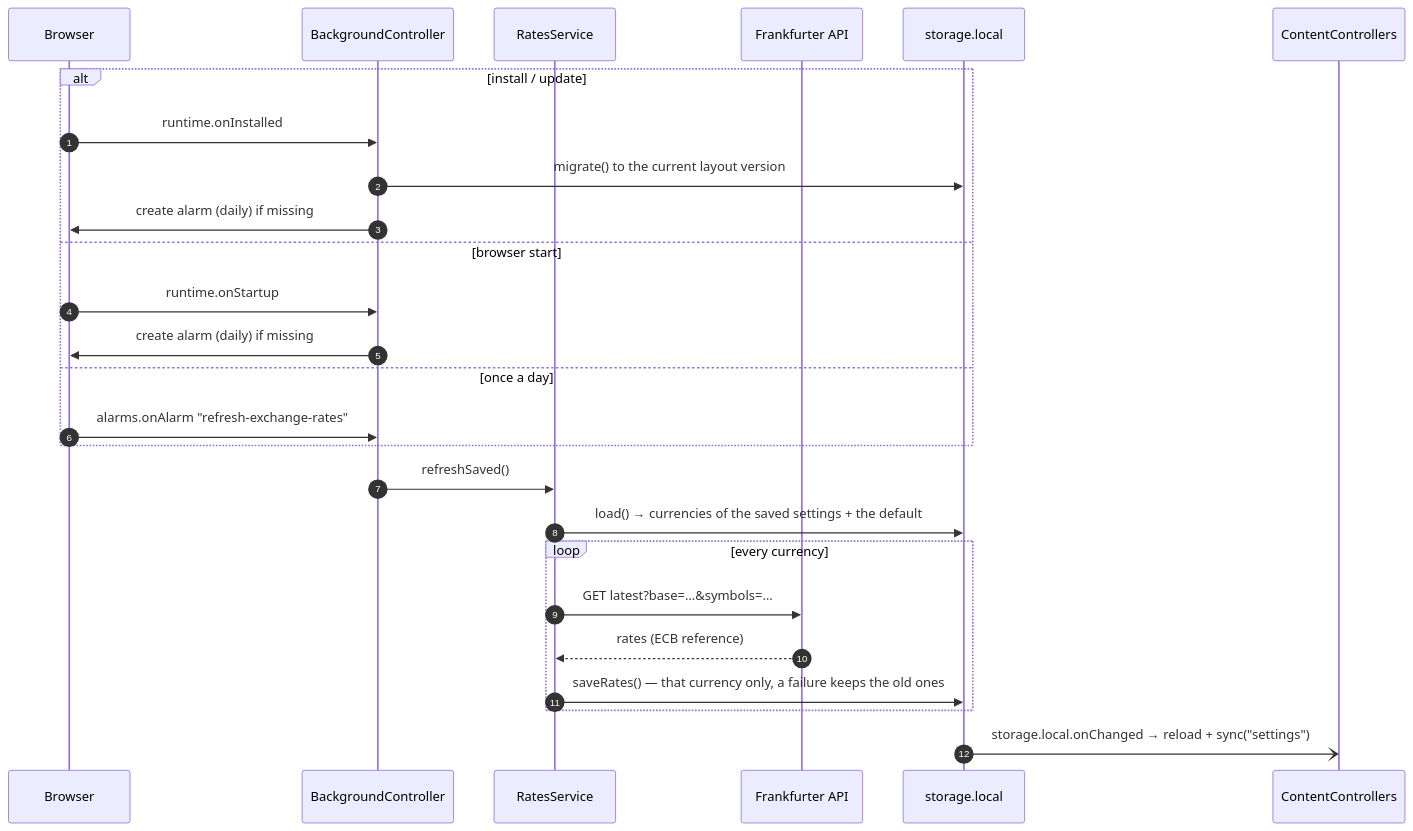
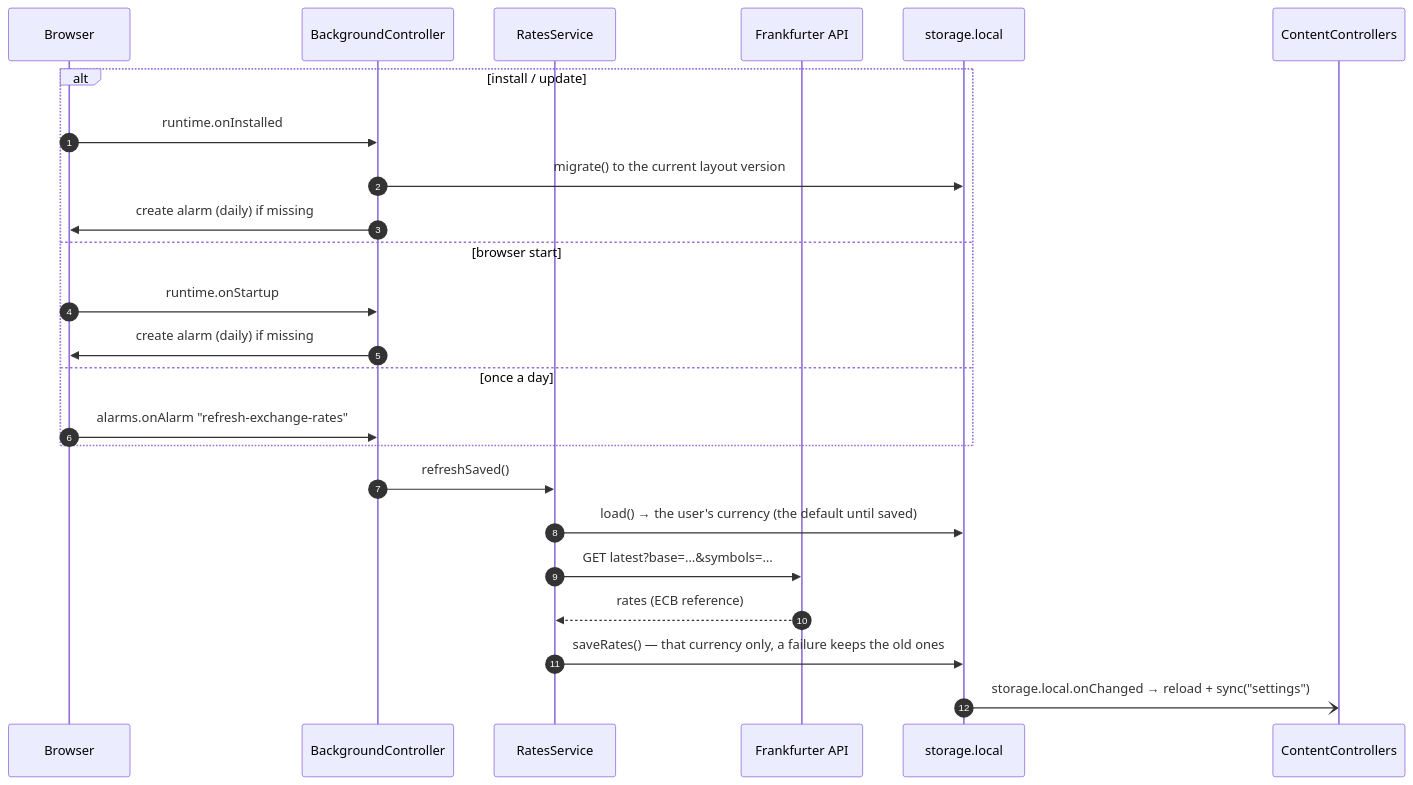
The seventh of 8 diagrams in docs/architecture.md (radyak/minerva-browserplugin), drawn with Mermaid before and after one commit. The commit also changed other lines of this file and 15 other files, not shown here.

Commit message:
fix (GH-6): [by AI] Store user currency globally, not per auction

````diff
--- a/docs/architecture.md
+++ b/docs/architecture.md
@@ -392,29 +393,27 @@
 ```mermaid
 sequenceDiagram
   autonumber
   participant Browser
   participant BC as BackgroundController
   participant RS as RatesService
   participant API as Frankfurter API
   participant Store as storage.local
   participant Tabs as ContentControllers
 
   alt install / update
     Browser->>BC: runtime.onInstalled
     BC->>Store: migrate() to the current layout version
     BC->>Browser: create alarm (daily) if missing
   else browser start
     Browser->>BC: runtime.onStartup
     BC->>Browser: create alarm (daily) if missing
   else once a day
     Browser->>BC: alarms.onAlarm "refresh-exchange-rates"
   end
   BC->>RS: refreshSaved()
-  RS->>Store: load() → currencies of the saved settings + the default
-  loop every currency
-    RS->>API: GET latest?base=…&symbols=…
-    API-->>RS: rates (ECB reference)
-    RS->>Store: saveRates() — that currency only, a failure keeps the old ones
-  end
+  RS->>Store: load() → the user's currency (the default until saved)
+  RS->>API: GET latest?base=…&symbols=…
+  API-->>RS: rates (ECB reference)
+  RS->>Store: saveRates() — that currency only, a failure keeps the old ones
   Store-)Tabs: storage.local.onChanged → reload + sync("settings")
 ```
````
